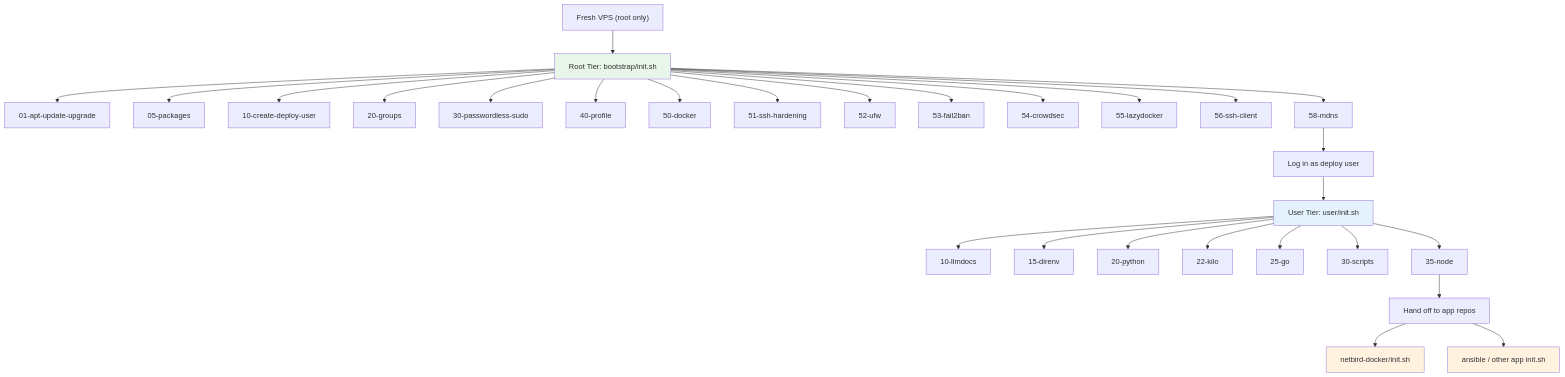
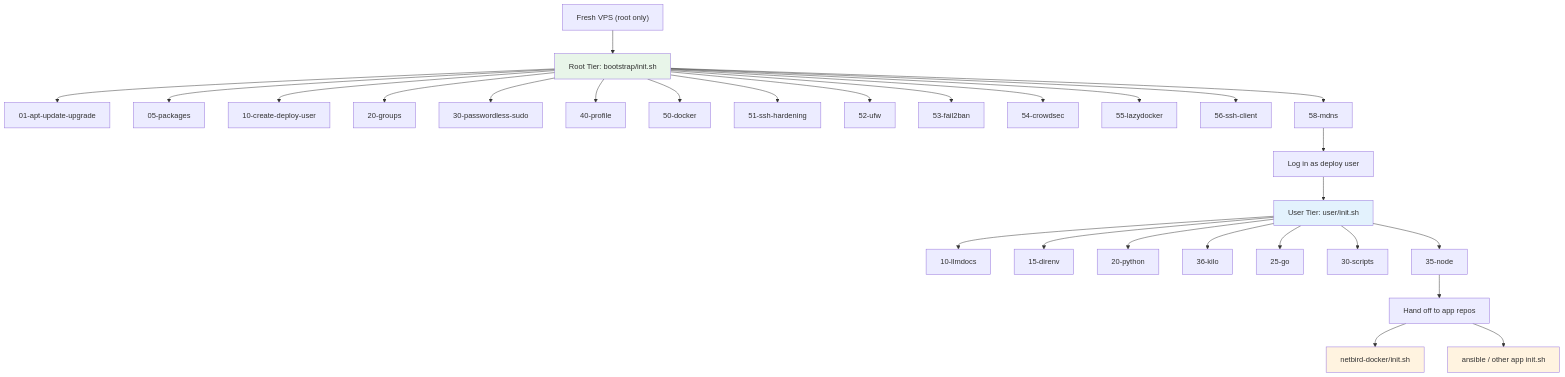
Before and after one commit to broadminde-org/bootstrap: the first of 3 diagrams in codemap.md, drawn with Mermaid. The commit also changed other lines of this file and 65 other files, not shown here.

````diff
--- a/codemap.md
+++ b/codemap.md
@@ -9,37 +9,37 @@
 ```mermaid
 flowchart TD
     A["Fresh VPS (root only)"] --> B["Root Tier: bootstrap/init.sh"]
     B --> C["01-apt-update-upgrade"]
     B --> D["05-packages"]
     B --> E["10-create-deploy-user"]
     B --> F["20-groups"]
     B --> G["30-passwordless-sudo"]
     B --> H["40-profile"]
     B --> I["50-docker"]
     B --> J["51-ssh-hardening"]
     B --> K["52-ufw"]
     B --> L["53-fail2ban"]
      B --> M["54-crowdsec"]
      B --> N["55-lazydocker"]
      B --> N2["56-ssh-client"]
      B --> N2b["58-mdns"]
 
      N2b --> O["Log in as deploy user"]
     O --> P["User Tier: user/init.sh"]
     P --> Q["10-llmdocs"]
     P --> Q2["15-direnv"]
     P --> R["20-python"]
-    P --> R1b["22-kilo"]
+     P --> R1b["36-kilo"]
     P --> R2["25-go"]
     P --> S["30-scripts"]
     P --> S2["35-node"]
 
     S2 --> T["Hand off to app repos"]
     T --> U["netbird-docker/init.sh"]
     T --> V["ansible / other app init.sh"]
 
     style B fill:#e8f5e9
     style P fill:#e3f2fd
     style U fill:#fff3e0
     style V fill:#fff3e0
 ```
````
